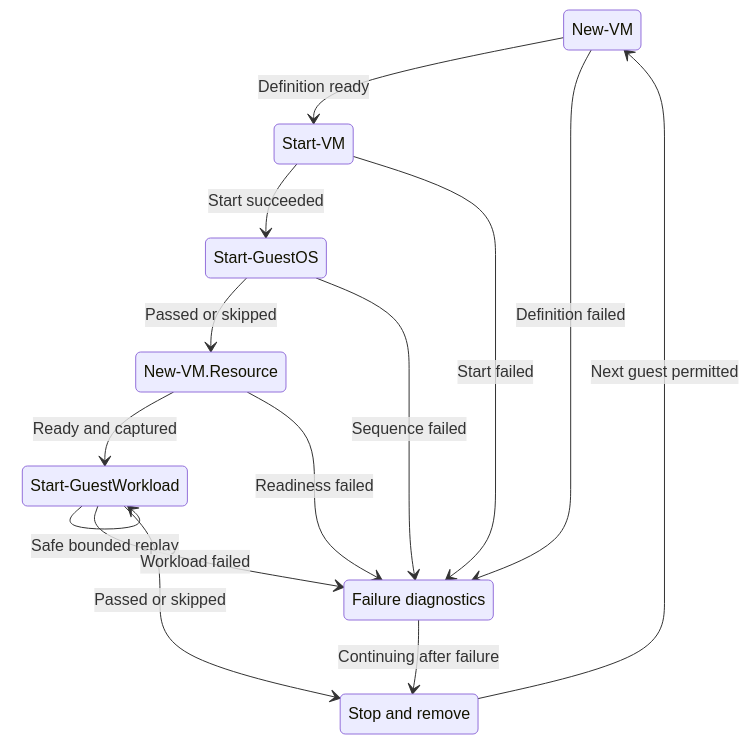
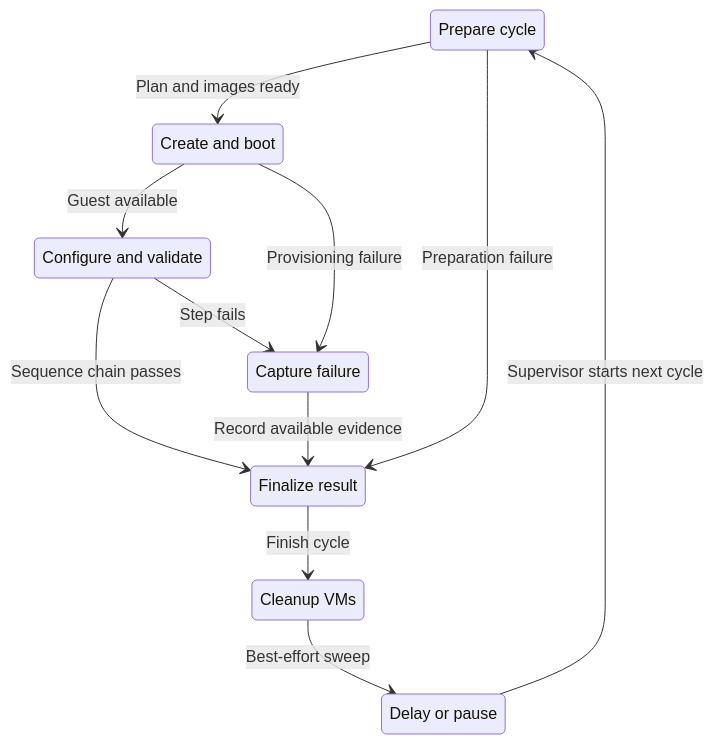
Before and after one commit to alissonsol/yuruna: the second of 2 diagrams in docs/design/04-lifecycle-state.md, drawn with Mermaid. The commit also changed other lines of this file and 1383 other files, not shown here.

````diff
--- a/docs/design/04-lifecycle-state.md
+++ b/docs/design/04-lifecycle-state.md
@@ -46,23 +59,20 @@
 ```mermaid
 stateDiagram-v2
-    state "New-VM" as provision
-    state "Start-VM" as boot
-    state "Start-GuestOS" as prepare
-    state "New-VM.Resource" as ready
-    state "Start-GuestWorkload" as workload
-    state "Failure diagnostics" as diagnostics
-    state "Stop and remove" as cleanup
-    provision --> boot: Definition ready
-    provision --> diagnostics: Definition failed
-    boot --> prepare: Start succeeded
-    boot --> diagnostics: Start failed
-    prepare --> ready: Passed or skipped
-    prepare --> diagnostics: Sequence failed
-    ready --> workload: Ready and captured
-    ready --> diagnostics: Readiness failed
-    workload --> workload: Safe bounded replay
-    workload --> diagnostics: Workload failed
-    workload --> cleanup: Passed or skipped
-    diagnostics --> cleanup: Continuing after failure
-    cleanup --> provision: Next guest permitted
+    state "Prepare cycle" as initialize_cycle_gating_state
+    state "Create and boot" as invoke_guest_provision_iteration
+    state "Configure and validate" as test_start_guest_os_psm1
+    state "Capture failure" as copy_failure_artifacts_to_status_log
+    state "Finalize result" as complete_cycle_run
+    state "Cleanup VMs" as remove_cycle_teardown_orphan_vm
+    state "Delay or pause" as invoke_runner_inner_cycle
+    initialize_cycle_gating_state --> invoke_guest_provision_iteration: Plan and images ready
+    initialize_cycle_gating_state --> complete_cycle_run: Preparation failure
+    invoke_guest_provision_iteration --> test_start_guest_os_psm1: Guest available
+    invoke_guest_provision_iteration --> copy_failure_artifacts_to_status_log: Provisioning failure
+    test_start_guest_os_psm1 --> complete_cycle_run: Sequence chain passes
+    test_start_guest_os_psm1 --> copy_failure_artifacts_to_status_log: Step fails
+    copy_failure_artifacts_to_status_log --> complete_cycle_run: Record available evidence
+    complete_cycle_run --> remove_cycle_teardown_orphan_vm: Finish cycle
+    remove_cycle_teardown_orphan_vm --> invoke_runner_inner_cycle: Best-effort sweep
+    invoke_runner_inner_cycle --> initialize_cycle_gating_state: Supervisor starts next cycle
 ```
````
